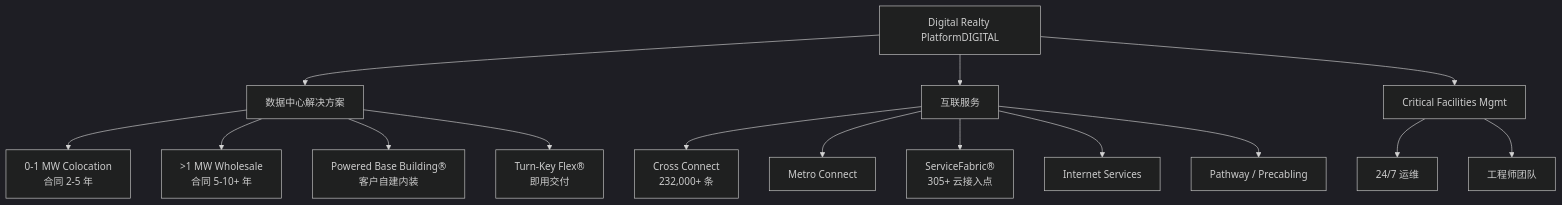
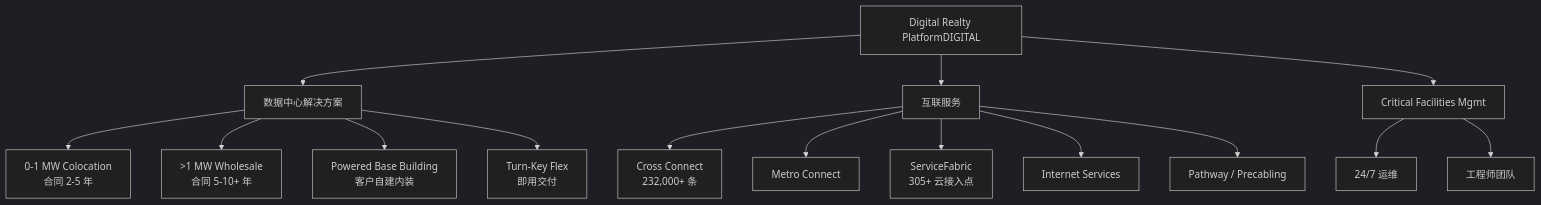
Before and after one commit to dadachundan/financial_agent: the fourth of 7 diagrams in reports/company/DigitalRealty_NYSE_DLR/DigitalRealty_NYSE_DLR_公司研究.md, drawn with Mermaid (dark theme). The commit also changed other lines of this file and 9 other files, not shown here.

````diff
--- a/reports/company/DigitalRealty_NYSE_DLR/DigitalRealty_NYSE_DLR_公司研究.md
+++ b/reports/company/DigitalRealty_NYSE_DLR/DigitalRealty_NYSE_DLR_公司研究.md
@@ -162,20 +567,17 @@
 ```mermaid
 graph TD
     DLR[Digital Realty PlatformDIGITAL] --> DC[数据中心解决方案]
     DLR --> INTER[互联服务]
     DLR --> CFM[Critical Facilities Mgmt]
-
     DC --> Colo[0-1 MW Colocation<br/>合同 2-5 年]
     DC --> Whole[>1 MW Wholesale<br/>合同 5-10+ 年]
-    DC --> PBB[Powered Base Building®<br/>客户自建内装]
-    DC --> TKF[Turn-Key Flex®<br/>即用交付]
-
+    DC --> PBB[Powered Base Building<br/>客户自建内装]
+    DC --> TKF[Turn-Key Flex<br/>即用交付]
     INTER --> XC[Cross Connect<br/>232,000+ 条]
     INTER --> MC[Metro Connect]
-    INTER --> SF[ServiceFabric®<br/>305+ 云接入点]
+    INTER --> SF[ServiceFabric<br/>305+ 云接入点]
     INTER --> IS[Internet Services]
     INTER --> Path[Pathway / Precabling]
-
     CFM --> Ops[24/7 运维]
     CFM --> Eng[工程师团队]
 ```
````
